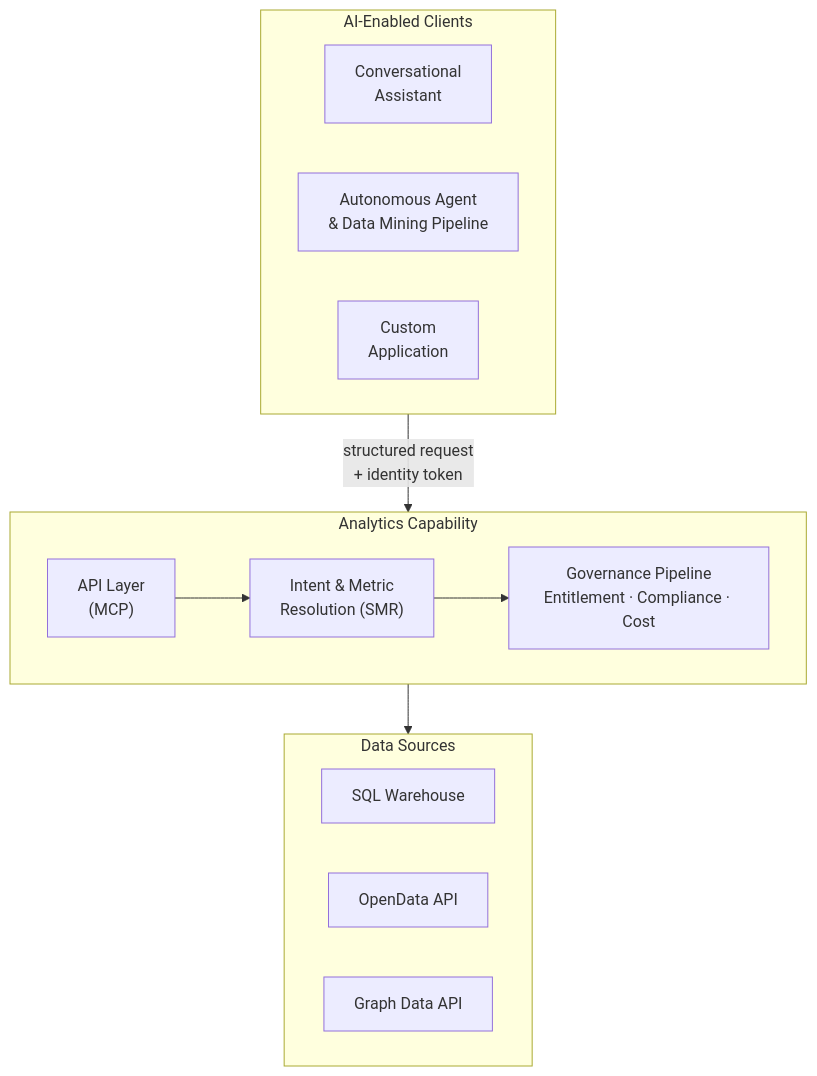
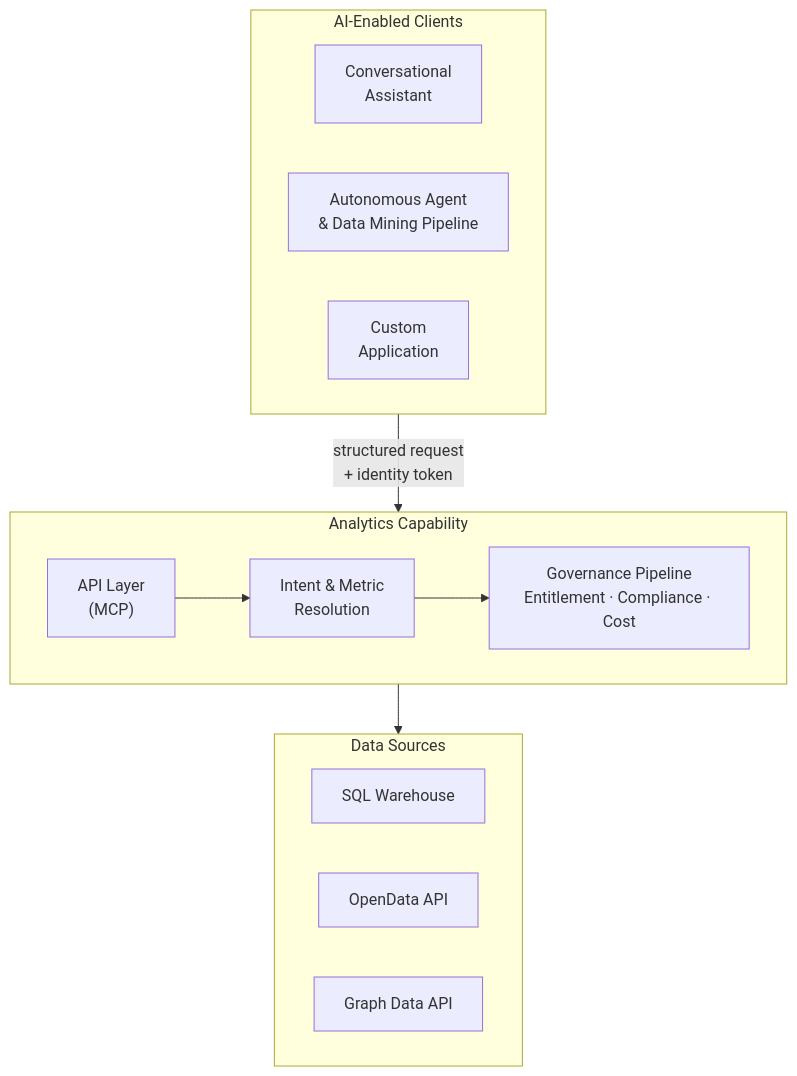
The diagram in docs/product/analytics/00-overview.md (M-A-Operating-System/shared-work), drawn with Mermaid before and after one commit. The commit also changed other lines of this file, not shown here.

````diff
--- a/docs/product/analytics/00-overview.md
+++ b/docs/product/analytics/00-overview.md
@@ -84,28 +90,28 @@
 ```mermaid
 flowchart TB
     subgraph clients["AI-Enabled Clients"]
         direction LR
         A1["Conversational\nAssistant"]
         A2["Autonomous Agent\n& Data Mining Pipeline"]
         A3["Custom\nApplication"]
     end
 
     subgraph platform["Analytics Capability"]
         direction LR
         B1["API Layer\n(MCP)"]
-        B2["Intent & Metric\nResolution (SMR)"]
+        B2["Intent & Metric\nResolution"]
         B3["Governance Pipeline\nEntitlement · Compliance · Cost"]
     end
 
     subgraph data["Data Sources"]
          direction LR
         C1["SQL Warehouse"]
         C2["OpenData API"]
         C3["Graph Data API"]
     end
 
     clients -->|"structured request\n+ identity token"| B1
     B1 --> B2
     B2 --> B3
     B3 --> data
 ```
````
